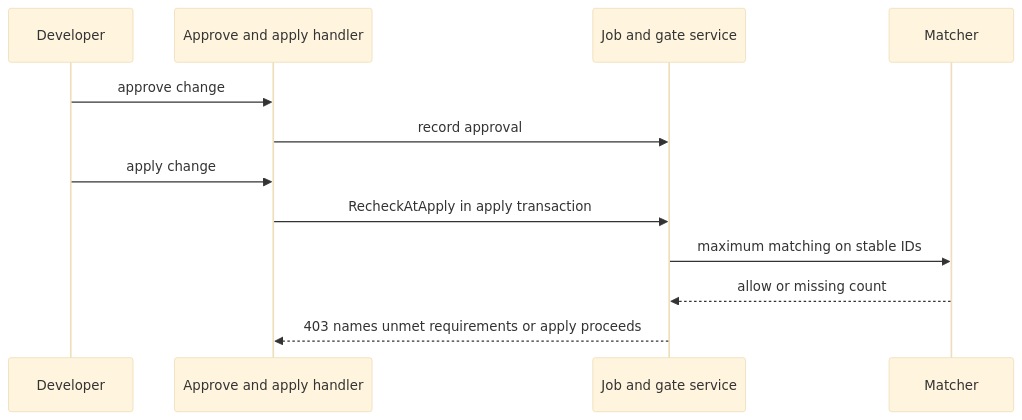
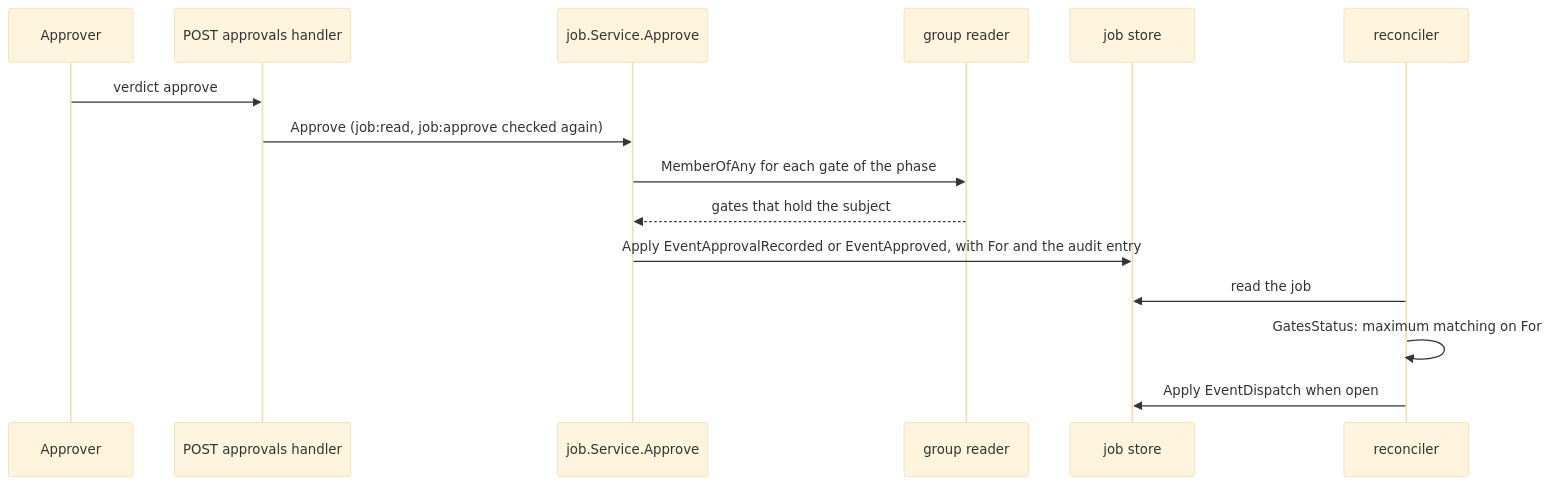
The diagram in openspec/changes/several-approval-requirements-one-change/design.md (OpenDustpan/OpenDustpan), drawn with Mermaid (base theme) before and after one commit. The commit also changed other lines of this file and 3 other files, not shown here.

First line of the commit message:
openspec: rewrite several-approval-requirements-one-change against main

````diff
--- a/openspec/changes/several-approval-requirements-one-change/design.md
+++ b/openspec/changes/several-approval-requirements-one-change/design.md
@@ -34,14 +132,17 @@
 ```mermaid
 sequenceDiagram
-participant D as Developer
-participant H as Approve and apply handler
-participant S as Job and gate service
-participant M as Matcher
-D->>H: approve change
-H->>S: record approval
-D->>H: apply change
-H->>S: RecheckAtApply in apply transaction
-S->>M: maximum matching on stable IDs
-M-->>S: allow or missing count
-S-->>H: 403 names unmet requirements or apply proceeds
+participant P as Approver
+participant H as POST approvals handler
+participant S as job.Service.Approve
+participant G as group reader
+participant St as job store
+participant R as reconciler
+P->>H: verdict approve
+H->>S: Approve (job:read, job:approve checked again)
+S->>G: MemberOfAny for each gate of the phase
+G-->>S: gates that hold the subject
+S->>St: Apply EventApprovalRecorded or EventApproved, with For and the audit entry
+R->>St: read the job
+R->>R: GatesStatus: maximum matching on For
+R->>St: Apply EventDispatch when open
 ```
````
